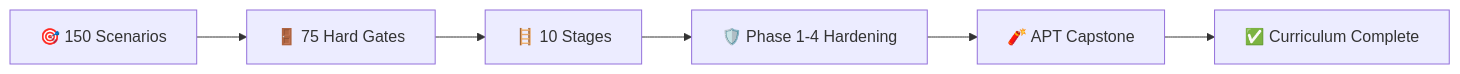
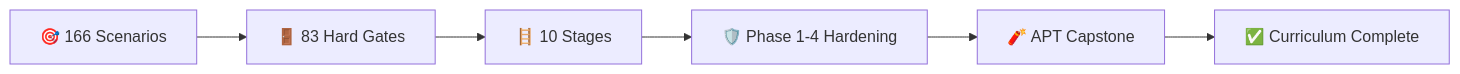
One commit to youseefhamdi/AI-Security-Lab changed the first of 11 diagrams in README.md. Above: the diagram before and after it, drawn with Mermaid. The commit also changed other lines of this file and 3 other files, not shown here.

````diff
--- a/README.md
+++ b/README.md
@@ -123,8 +124,8 @@
 ```mermaid
 flowchart LR
-  A["🎯 150 Scenarios"] --> B["🚪 75 Hard Gates"]
+  A["🎯 166 Scenarios"] --> B["🚪 83 Hard Gates"]
   B --> C["🪜 10 Stages"]
   C --> D["🛡️ Phase 1-4 Hardening"]
   D --> E["🧨 APT Capstone"]
   E --> F["✅ Curriculum Complete"]
 ```
````
